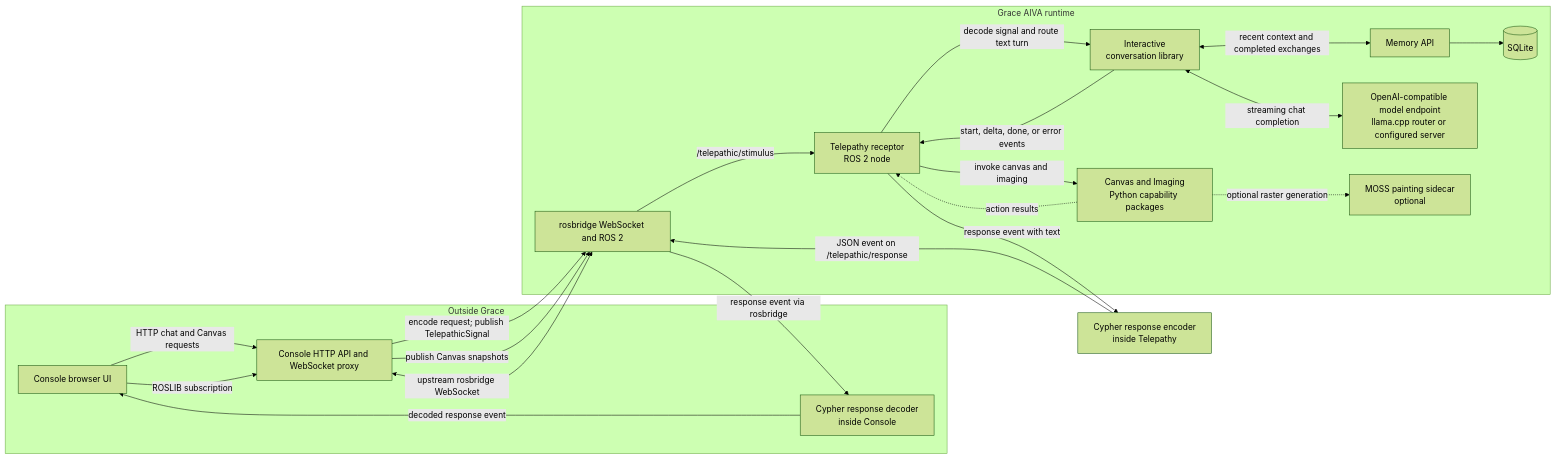
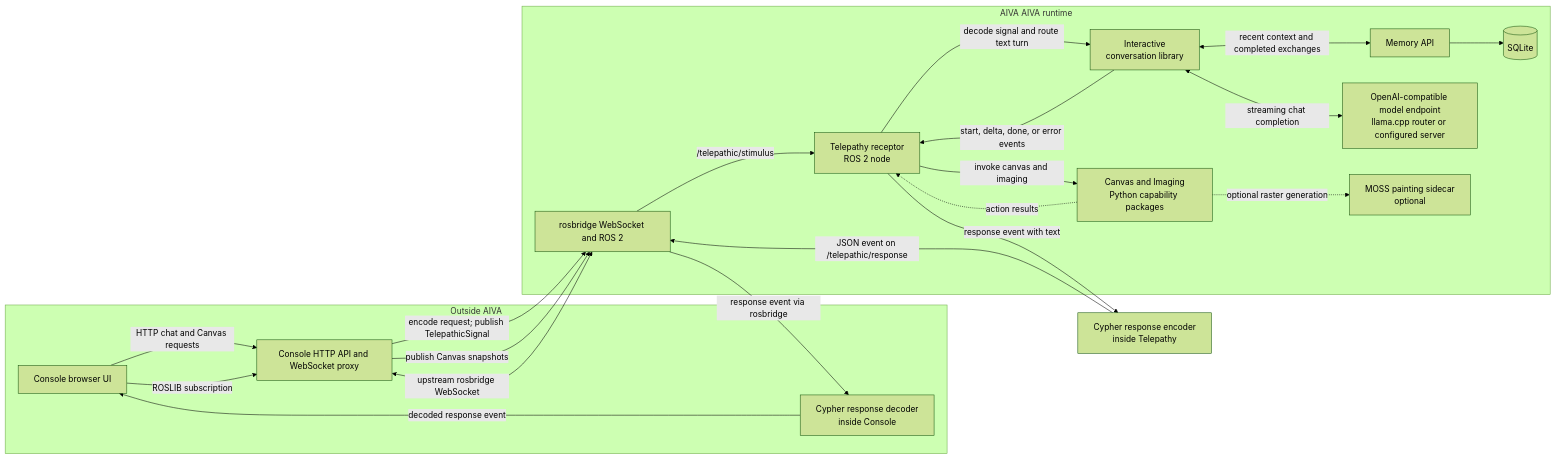
The first of 2 diagrams in docs/ARCHITECTURE.md (OppaAI/AGi), drawn with Mermaid (forest theme) before and after one commit. The commit also changed other lines of this file and 36 other files, not shown here.

````diff
--- a/docs/ARCHITECTURE.md
+++ b/docs/ARCHITECTURE.md
@@ -15,38 +15,38 @@
 ```mermaid
 flowchart LR
-  subgraph Outside[Outside Grace]
+  subgraph Outside[Outside AIVA]
     Browser[Console browser UI]
     Console[Console HTTP API and WebSocket proxy]
     ResponseDecoder[Cypher response decoder<br/>inside Console]
   end
 
-  subgraph Runtime[Grace AIVA runtime]
+  subgraph Runtime[AIVA AIVA runtime]
     Bridge[rosbridge WebSocket and ROS 2]
     Receptor[Telepathy receptor<br/>ROS 2 node]
     Interactive[Interactive<br/>conversation library]
     Memory[Memory API]
     DB[(SQLite)]
     Model[OpenAI-compatible model endpoint<br/>llama.cpp router or configured server]
     Capabilities[Canvas and Imaging<br/>Python capability packages]
     Painter[MOSS painting sidecar<br/>optional]
   end
 
   Browser -->|HTTP chat and Canvas requests| Console
   Console -->|encode request; publish TelepathicSignal| Bridge
   Console -->|publish Canvas snapshots| Bridge
   Browser -->|ROSLIB subscription| Console
   Console <-->|upstream rosbridge WebSocket| Bridge
   ResponseDecoder -->|decoded response event| Browser
   Bridge -->|/telepathic/stimulus| Receptor
   Receptor -->|decode signal and route text turn| Interactive
   Interactive <-->|recent context and completed exchanges| Memory
   Memory --> DB
   Interactive <-->|streaming chat completion| Model
   Receptor -->|invoke canvas and imaging| Capabilities
   Capabilities -. optional raster generation .-> Painter
   Interactive -->|start, delta, done, or error events| Receptor
   Capabilities -. action results .-> Receptor
   Receptor -->|response event with text| ResponseEncoder[Cypher response encoder<br/>inside Telepathy]
   ResponseEncoder -->|JSON event on /telepathic/response| Bridge
   Bridge -->|response event via rosbridge| ResponseDecoder
 ```
````
